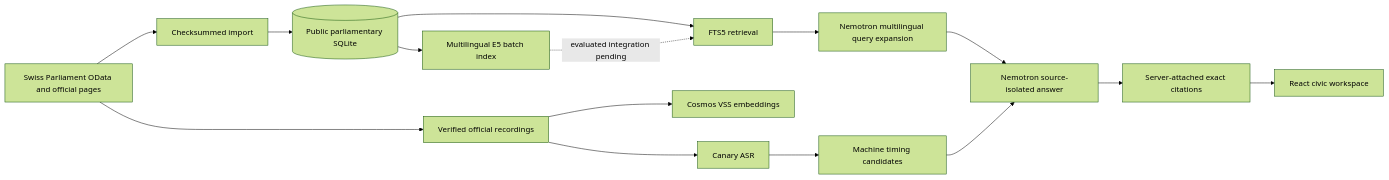
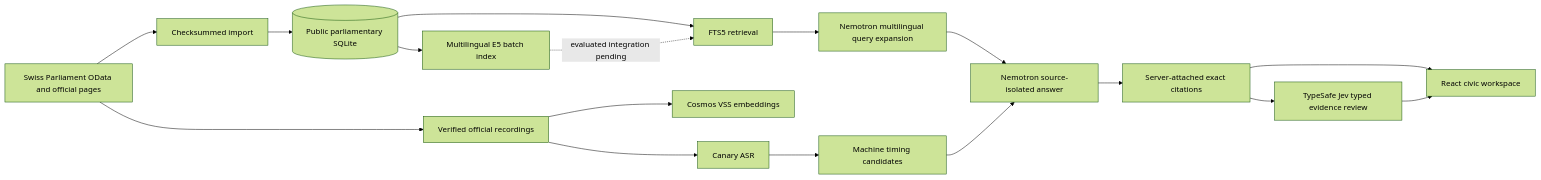
The diagram in README.md (Swiss-ai-Weeks/swiss-parliament-intelligence), drawn with Mermaid (forest theme) before and after one commit. The commit also changed other lines of this file and 5 other files, not shown here.

````diff
--- a/README.md
+++ b/README.md
@@ -47,17 +47,19 @@
 ```mermaid
 flowchart LR
     O[Swiss Parliament OData and official pages] --> I[Checksummed import]
     I --> P[(Public parliamentary SQLite)]
     O --> M[Verified official recordings]
     M --> A[Canary ASR]
     A --> L[Machine timing candidates]
     M --> V[Cosmos VSS embeddings]
     P --> R[FTS5 retrieval]
     R --> Q[Nemotron multilingual query expansion]
     Q --> G[Nemotron source-isolated answer]
     L --> G
     G --> C[Server-attached exact citations]
+    C --> T[TypeSafe Jev typed evidence review]
     C --> U[React civic workspace]
+    T --> U
     P --> E[Multilingual E5 batch index]
     E -. evaluated integration pending .-> R
 ```
````
